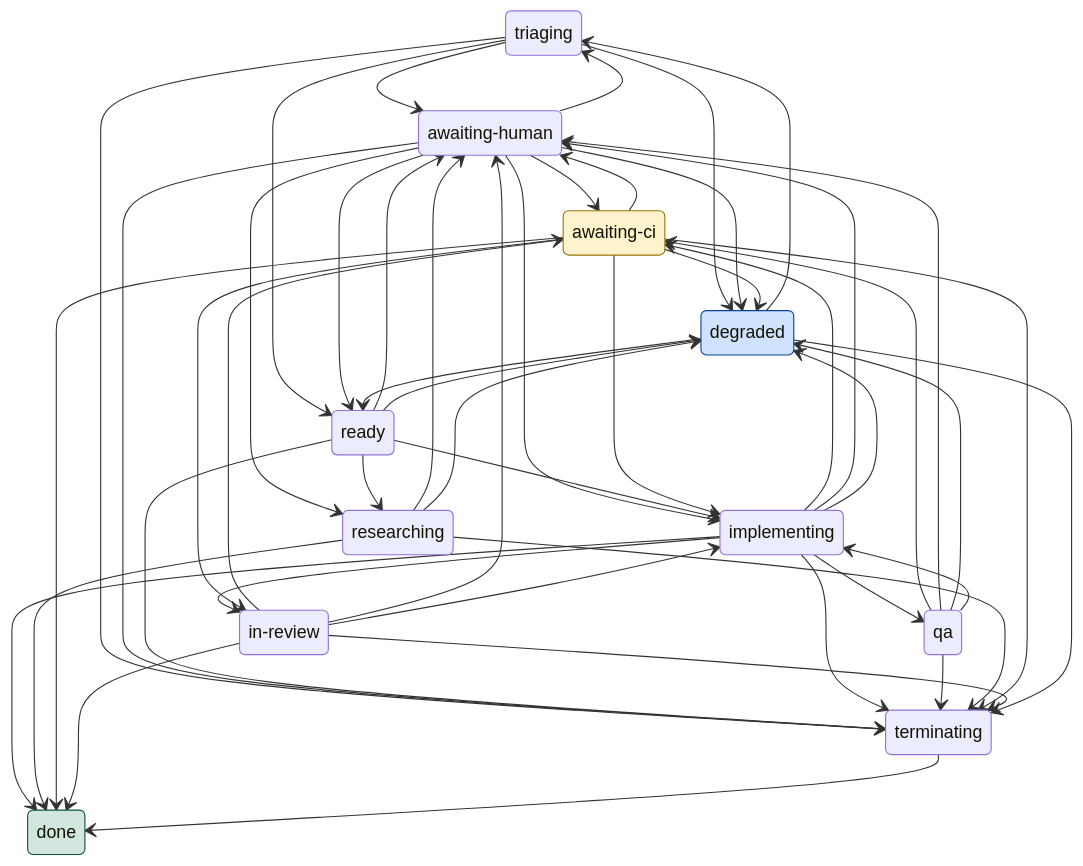
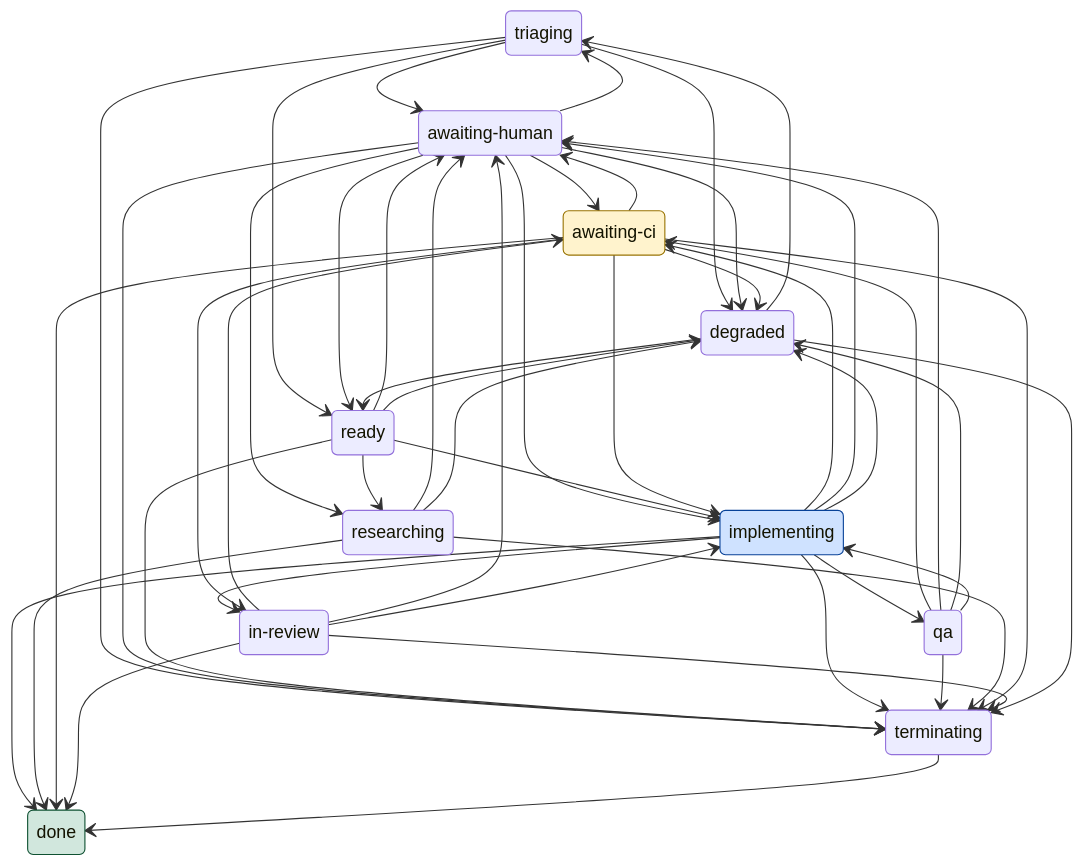
The diagram in docs/state-machine.md (cortop/maestro), drawn with Mermaid before and after one commit. The commit also changed 8 other files, not shown here.

````diff
--- a/docs/state-machine.md
+++ b/docs/state-machine.md
@@ -7,68 +7,68 @@
 ```mermaid
 stateDiagram-v2
     state "triaging" as triaging
     state "awaiting-human" as awaiting_human
     state "ready" as ready
     state "implementing" as implementing
     state "qa" as qa
     state "researching" as researching
     state "awaiting-ci" as awaiting_ci
     state "in-review" as in_review
     state "degraded" as degraded
     state "terminating" as terminating
     state "done" as done
     triaging --> awaiting_human
     triaging --> degraded
     triaging --> ready
     triaging --> terminating
     awaiting_human --> awaiting_ci
     awaiting_human --> degraded
     awaiting_human --> implementing
     awaiting_human --> ready
     awaiting_human --> researching
     awaiting_human --> terminating
     awaiting_human --> triaging
     ready --> awaiting_human
     ready --> degraded
     ready --> implementing
     ready --> researching
     ready --> terminating
     implementing --> awaiting_ci
     implementing --> awaiting_human
     implementing --> degraded
     implementing --> done
     implementing --> in_review
     implementing --> qa
     implementing --> terminating
     qa --> awaiting_ci
     qa --> awaiting_human
     qa --> degraded
     qa --> implementing
     qa --> terminating
     researching --> awaiting_human
     researching --> degraded
     researching --> done
     researching --> terminating
     awaiting_ci --> awaiting_human
     awaiting_ci --> degraded
     awaiting_ci --> done
     awaiting_ci --> implementing
     awaiting_ci --> in_review
     awaiting_ci --> terminating
     in_review --> awaiting_ci
     in_review --> awaiting_human
     in_review --> done
     in_review --> implementing
     in_review --> terminating
     degraded --> ready
     degraded --> terminating
     degraded --> triaging
     terminating --> done
 
     classDef sleeping fill:#fff3cd,stroke:#997404
     classDef terminal fill:#d1e7dd,stroke:#0f5132
     classDef active fill:#cfe2ff,stroke:#084298
-    class awaiting_ci awaiting_human in_review sleeping
+    class awaiting_ci awaiting_human degraded in_review sleeping
     class done terminal
-    class degraded implementing qa ready researching terminating triaging active
+    class implementing qa ready researching terminating triaging active
 ```
````
